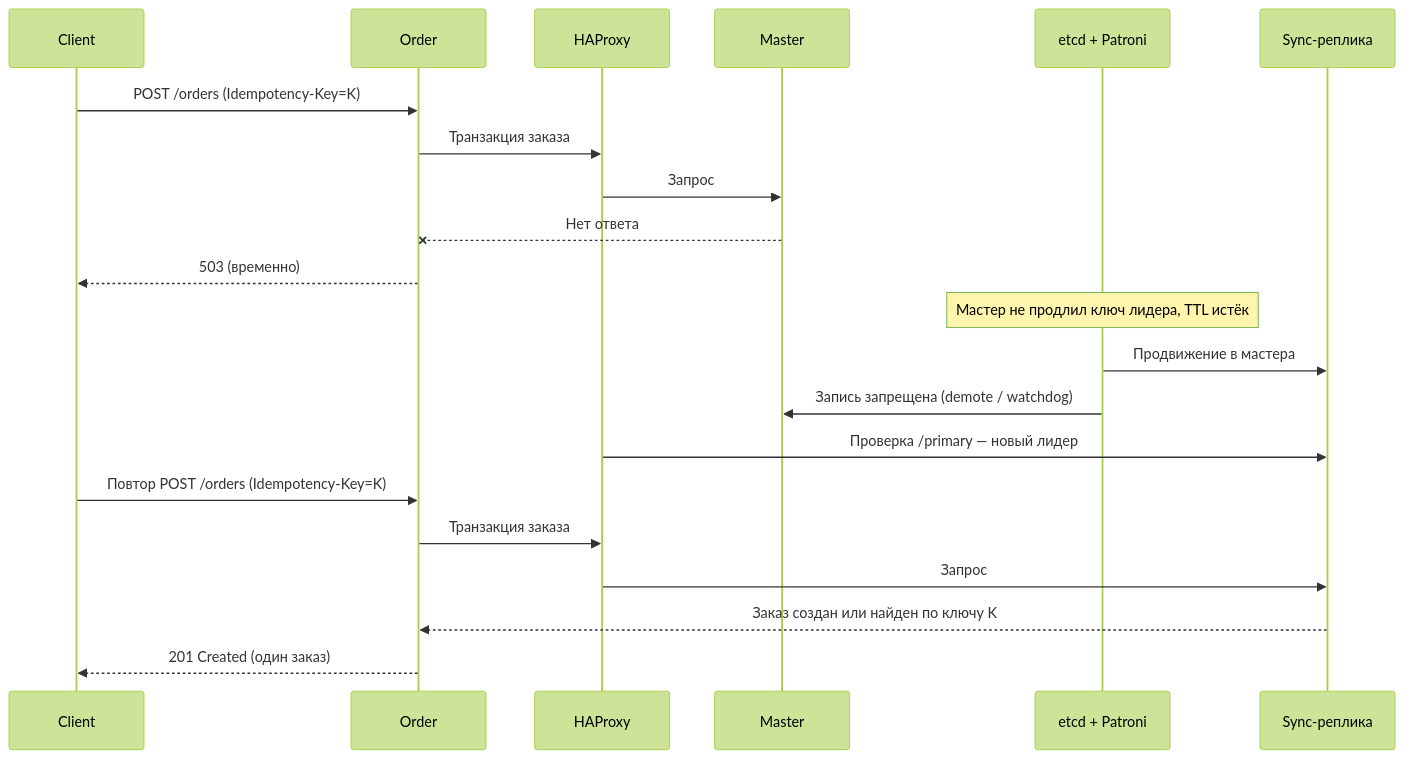
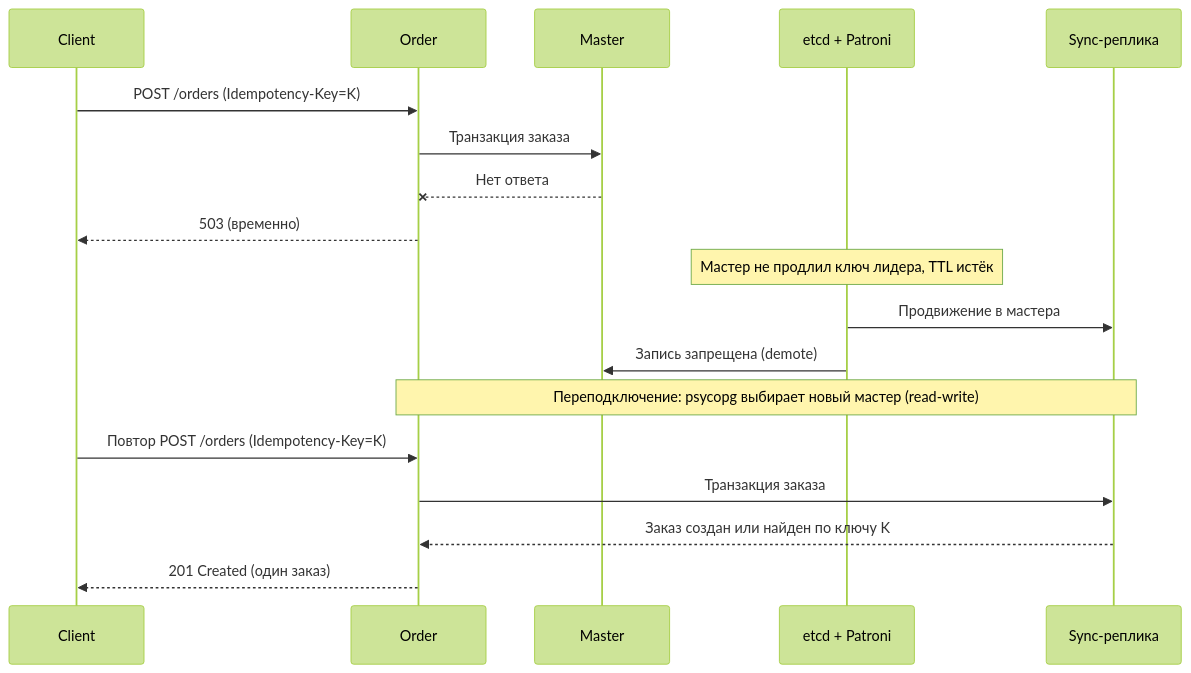
The tenth of 10 diagrams in docs/tr.md (spbu-ds-practicum-2026/good_question), drawn with Mermaid (forest theme) before and after one commit. The commit also changed other lines of this file, not shown here.

````diff
--- a/docs/tr.md
+++ b/docs/tr.md
@@ -495,24 +536,21 @@
 ```mermaid
 sequenceDiagram
   participant Client
   participant Order
-  participant HAProxy
   participant Master
   participant Etcd as etcd + Patroni
   participant Replica as Sync-реплика
 
   Client->>Order: POST /orders (Idempotency-Key=K)
-  Order->>HAProxy: Транзакция заказа
-  HAProxy->>Master: Запрос
+  Order->>Master: Транзакция заказа
   Master--xOrder: Нет ответа
   Order-->>Client: 503 (временно)
   Note over Etcd: Мастер не продлил ключ лидера, TTL истёк
   Etcd->>Replica: Продвижение в мастера
-  Etcd->>Master: Запись запрещена (demote / watchdog)
-  HAProxy->>Replica: Проверка /primary — новый лидер
+  Etcd->>Master: Запись запрещена (demote)
+  Note over Order,Replica: Переподключение: psycopg выбирает новый мастер (read-write)
   Client->>Order: Повтор POST /orders (Idempotency-Key=K)
-  Order->>HAProxy: Транзакция заказа
-  HAProxy->>Replica: Запрос
+  Order->>Replica: Транзакция заказа
   Replica-->>Order: Заказ создан или найден по ключу K
   Order-->>Client: 201 Created (один заказ)
 ```
````
